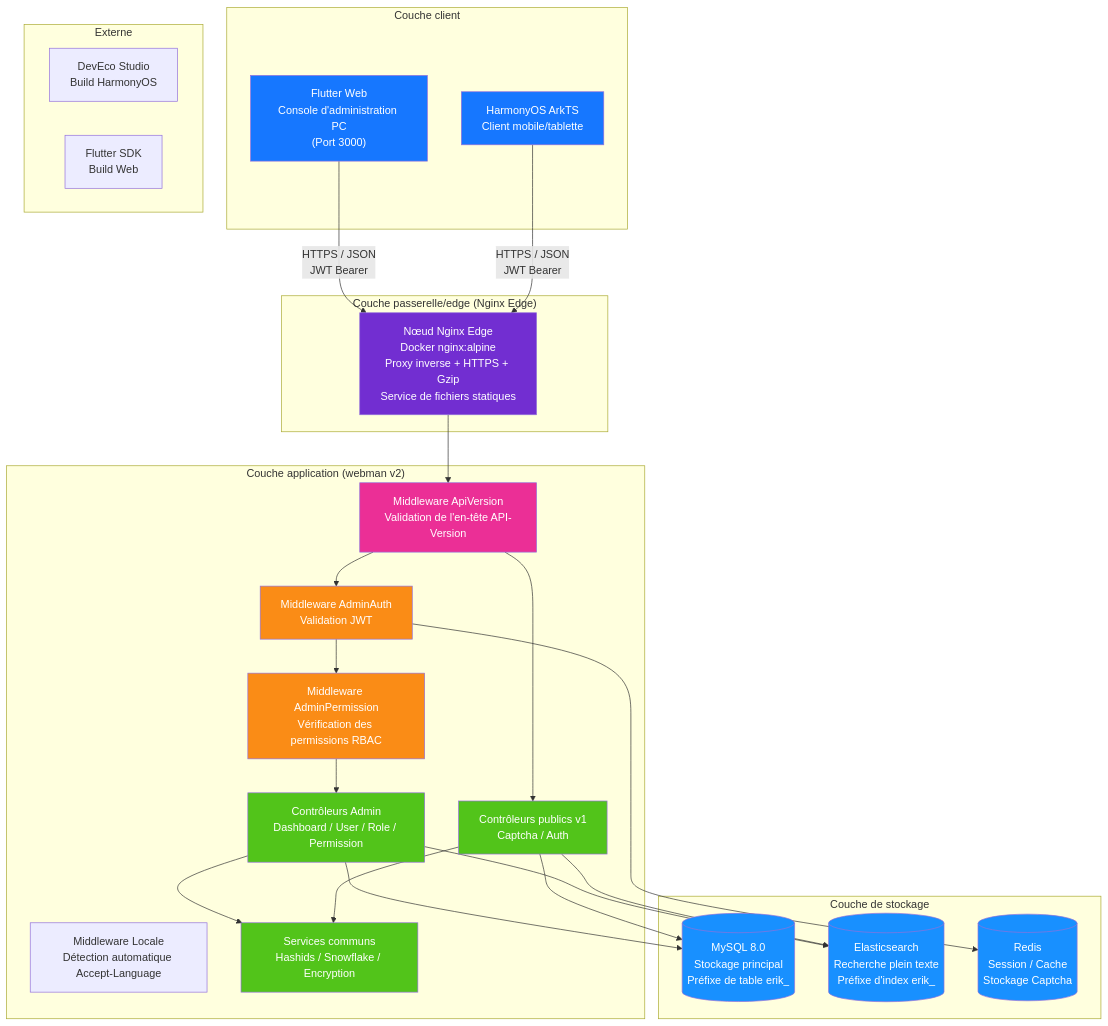
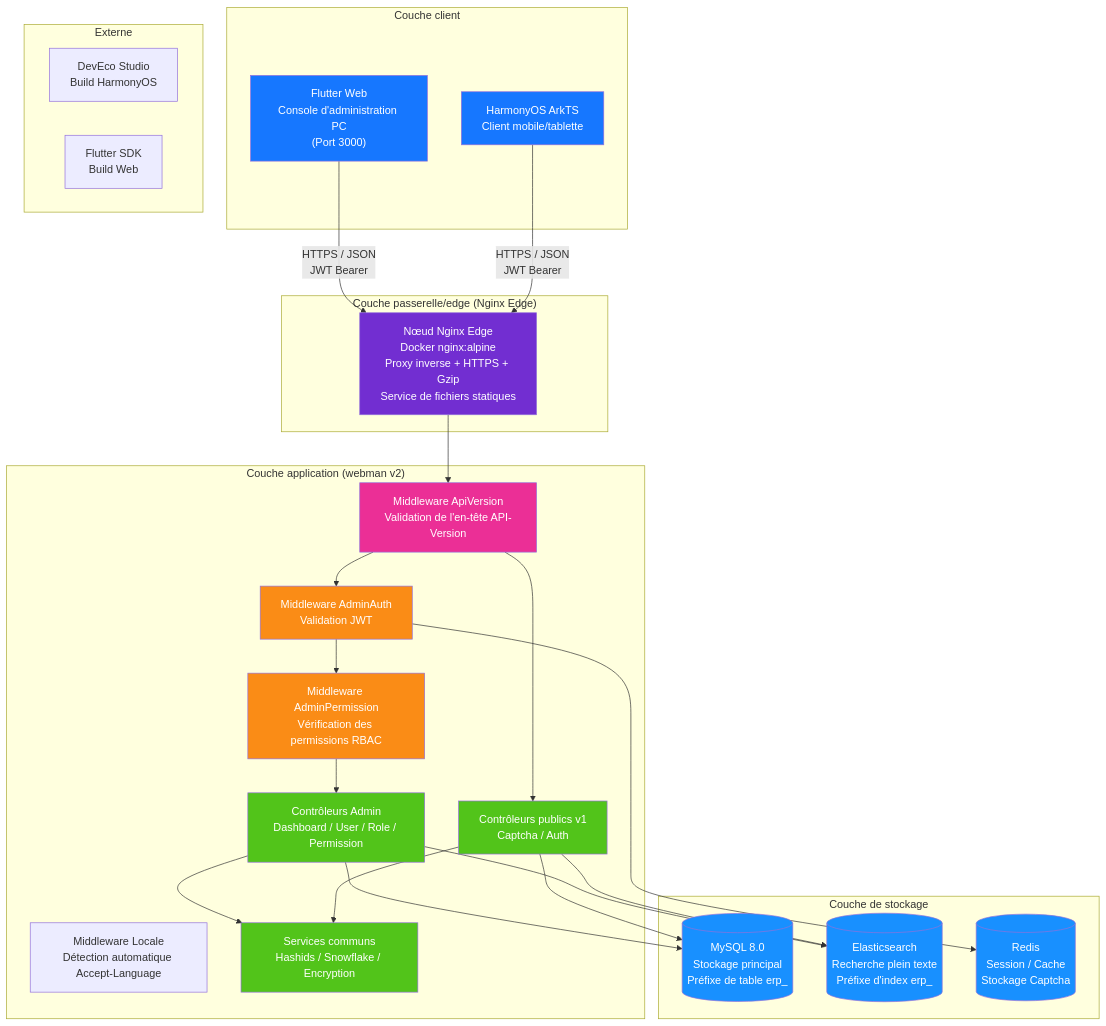
Before and after one commit to erikwang2013/erp-php: the first of 20 diagrams in docs/i18n/fr/ARCHITECTURE.md, drawn with Mermaid. The commit also changed other lines of this file and 449 other files, not shown here.

First line of the commit message:
全局命名统一：数据库 erp、表前缀 erp_、Redis 前缀 erp:（原 erik_/open_admin）

````diff
--- a/docs/i18n/fr/ARCHITECTURE.md
+++ b/docs/i18n/fr/ARCHITECTURE.md
@@ -11,60 +11,60 @@
 ```mermaid
 flowchart TB
     subgraph "Couche client"
         A1["Flutter Web<br/>Console d'administration PC<br/>(Port 3000)"]
         A2["HarmonyOS ArkTS<br/>Client mobile/tablette"]
     end
 
     subgraph "Couche passerelle/edge (Nginx Edge)"
         B1["Nœud Nginx Edge<br/>Docker nginx:alpine<br/>Proxy inverse + HTTPS + Gzip<br/>Service de fichiers statiques"]
     end
 
     subgraph "Couche application (webman v2)"
         C_LOC["Middleware Locale<br/>Détection automatique Accept-Language"]
         C0["Middleware ApiVersion<br/>Validation de l'en-tête API-Version"]
         C1["Middleware AdminAuth<br/>Validation JWT"]
         C2["Middleware AdminPermission<br/>Vérification des permissions RBAC"]
         C3["Contrôleurs Admin<br/>Dashboard / User / Role / Permission"]
         C4["Contrôleurs publics v1<br/>Captcha / Auth"]
         C5["Services communs<br/>Hashids / Snowflake / Encryption"]
     end
 
     subgraph "Couche de stockage"
-        D1[("MySQL 8.0<br/>Stockage principal<br/>Préfixe de table erik_")]
-        D2[("Elasticsearch<br/>Recherche plein texte<br/>Préfixe d'index erik_")]
+        D1[("MySQL 8.0<br/>Stockage principal<br/>Préfixe de table erp_")]
+        D2[("Elasticsearch<br/>Recherche plein texte<br/>Préfixe d'index erp_")]
         D3[("Redis<br/>Session / Cache<br/>Stockage Captcha")]
     end
 
     subgraph "Externe"
         E1["DevEco Studio<br/>Build HarmonyOS"]
         E2["Flutter SDK<br/>Build Web"]
     end
 
     A1 -->|"HTTPS / JSON<br/>JWT Bearer"| B1
     A2 -->|"HTTPS / JSON<br/>JWT Bearer"| B1
     B1 --> C0
     C0 --> C1
     C1 --> C2
     C2 --> C3
     C0 --> C4
     C3 --> C5
     C4 --> C5
     C3 --> D1
     C4 --> D1
     C3 --> D2
     C4 --> D2
     C1 --> D3
 
     style A1 fill:#1677FF,color:#fff
     style A2 fill:#1677FF,color:#fff
     style B1 fill:#722ED1,color:#fff
     style C0 fill:#EB2F96,color:#fff
     style C1 fill:#FA8C16,color:#fff
     style C2 fill:#FA8C16,color:#fff
     style C3 fill:#52C41A,color:#fff
     style C4 fill:#52C41A,color:#fff
     style C5 fill:#52C41A,color:#fff
     style D1 fill:#1890FF,color:#fff
     style D2 fill:#1890FF,color:#fff
     style D3 fill:#1890FF,color:#fff
 ```
````
